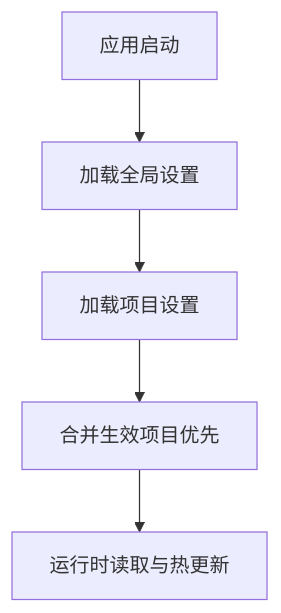
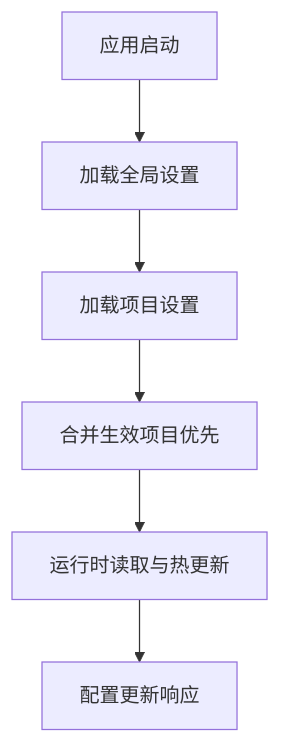
Before and after one commit to fuweiq94-cloud/339918076: the seventh of 11 diagrams in .qoder/repowiki/zh/content/核心功能模块/轨迹规划模块 (Trajectory).md, drawn with Mermaid. The commit also changed other lines of this file and 75 other files, not shown here.

````diff
--- a/.qoder/repowiki/zh/content/核心功能模块/轨迹规划模块 (Trajectory).md
+++ b/.qoder/repowiki/zh/content/核心功能模块/轨迹规划模块 (Trajectory).md
@@ -302,7 +370,8 @@
 ```mermaid
 flowchart TD
 App["应用启动"] --> LoadGlobal["加载全局设置"]
 LoadGlobal --> LoadProject["加载项目设置"]
 LoadProject --> Merge["合并生效项目优先"]
 Merge --> Runtime["运行时读取与热更新"]
+Runtime --> ConfigUpdate["配置更新响应"]
 ```
````
